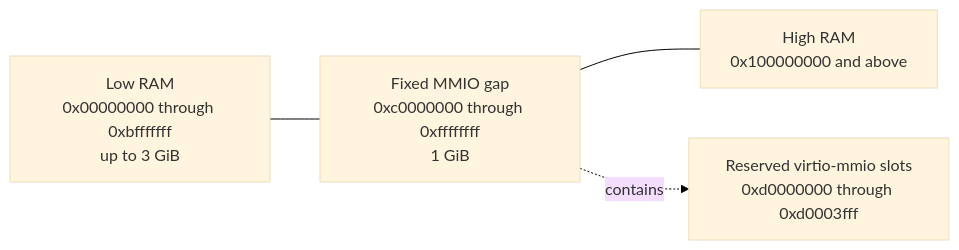
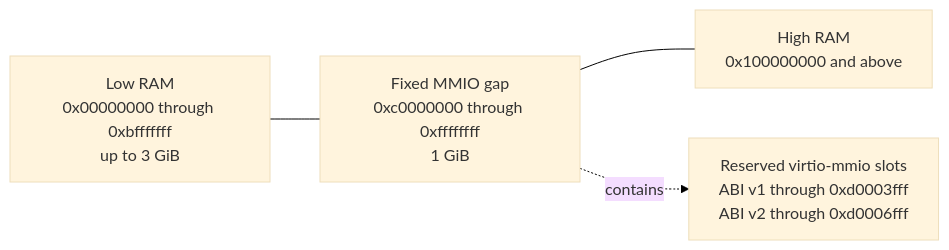
One commit to microsoft/nvx changed the second of 7 diagrams in doc/design.md. Above: the diagram before and after it, drawn with Mermaid. The commit also changed other lines of this file and 3 other files, not shown here.

````diff
--- a/doc/design.md
+++ b/doc/design.md
@@ -144,12 +157,12 @@
 ```mermaid
 %%{init: {"theme": "base", "themeVariables": {"background": "#ffffff"}}}%%
 flowchart LR
    Low["Low RAM<br/>0x00000000 through 0xbfffffff<br/>up to 3 GiB"]
    Gap["Fixed MMIO gap<br/>0xc0000000 through 0xffffffff<br/>1 GiB"]
    High["High RAM<br/>0x100000000 and above"]
-   Slots["Reserved virtio-mmio slots<br/>0xd0000000 through 0xd0003fff"]
+   Slots["Reserved virtio-mmio slots<br/>ABI v1 through 0xd0003fff<br/>ABI v2 through 0xd0006fff"]
 
    Low --- Gap
    Gap --- High
    Gap -. contains .-> Slots
 ```
````
